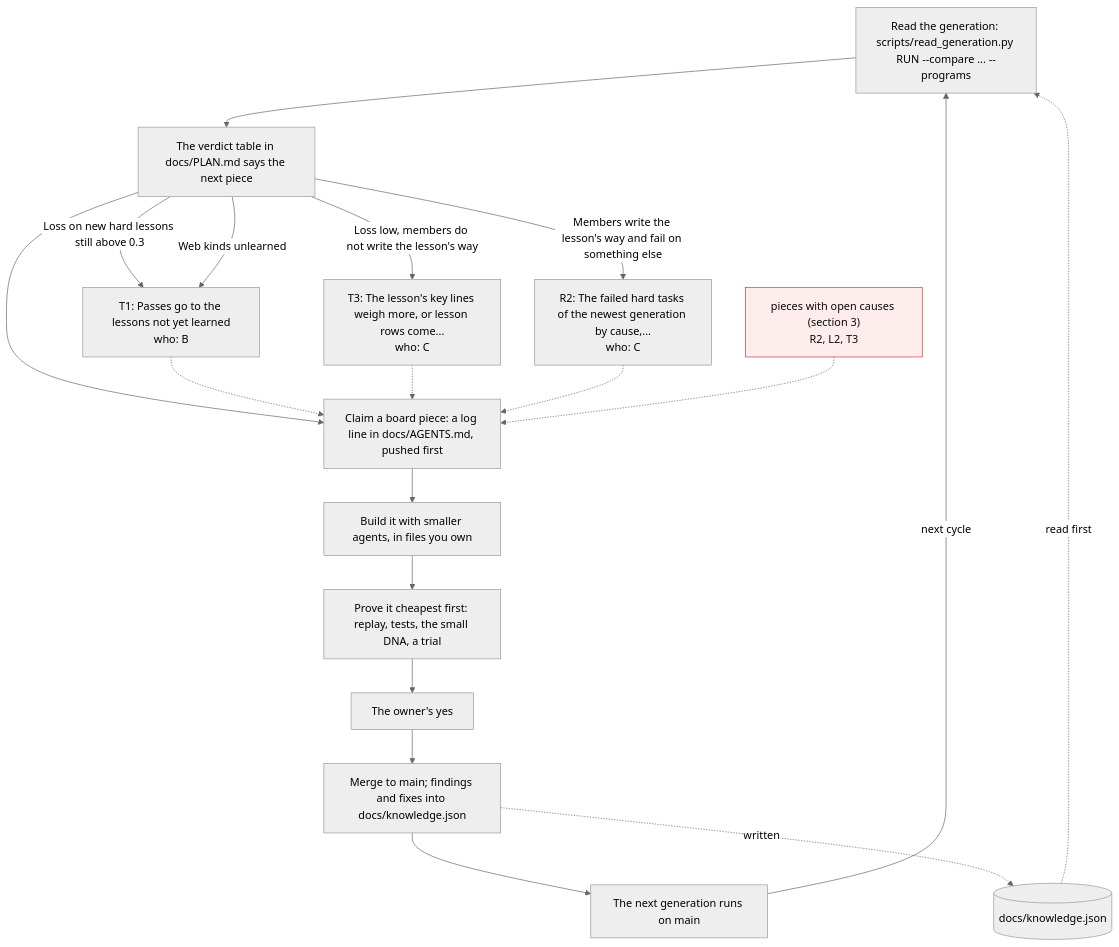
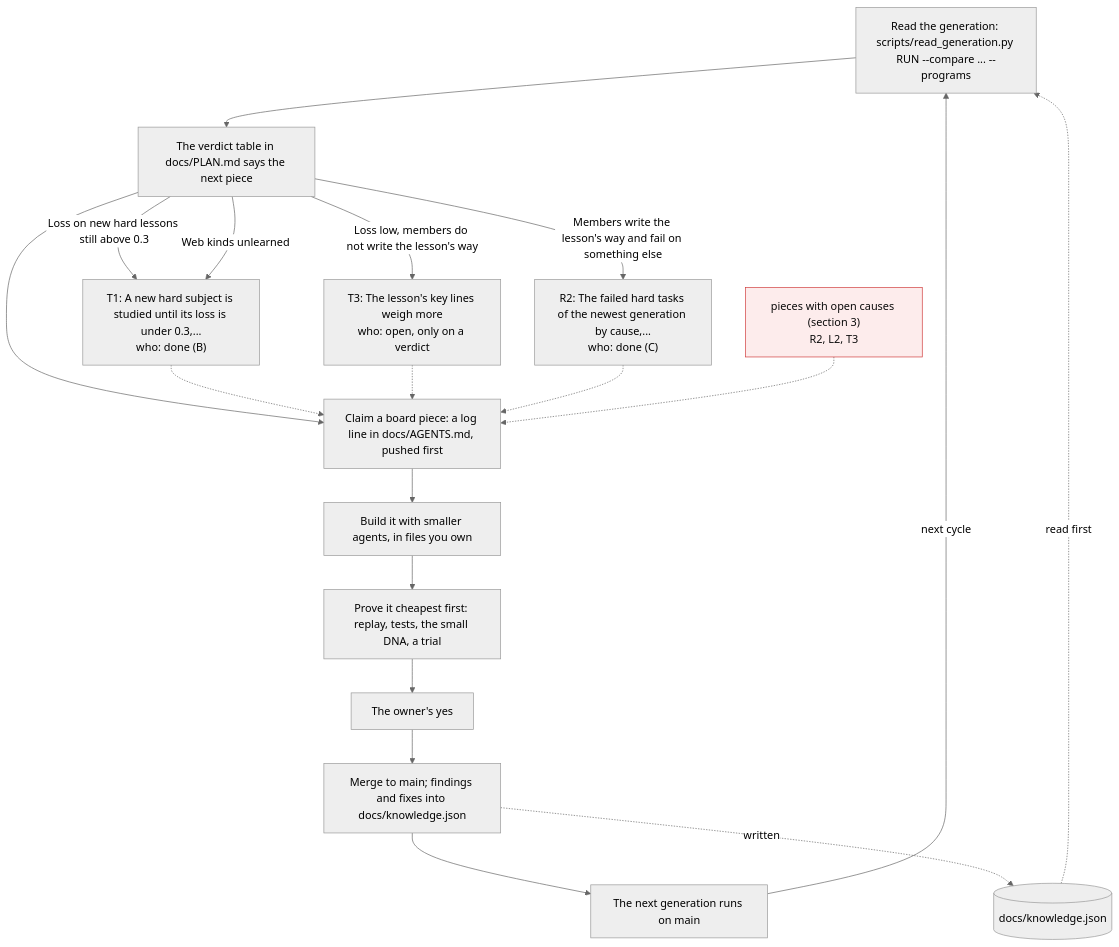
One commit to Arnav123-s/HiveMIND changed the second of 4 diagrams in docs/KNOWLEDGE.md. Above: the diagram before and after it, drawn with Mermaid (neutral theme). The commit also changed other lines of this file and 1 other file, not shown here.

First line of the commit message:
Board keeps its done pieces as rows (the knowledge links name them), the knowledge page redrawn

````diff
--- a/docs/KNOWLEDGE.md
+++ b/docs/KNOWLEDGE.md
@@ -47,35 +47,35 @@
 ```mermaid
 flowchart TD
   readgen["Read the generation: scripts/read_generation.py RUN --compare ... --programs"]
   verdict["The verdict table in docs/PLAN.md says the next piece"]
   claim["Claim a board piece: a log line in docs/AGENTS.md, pushed first"]
   build["Build it with smaller agents, in files you own"]
   prove["Prove it cheapest first: replay, tests, the small DNA, a trial"]
   yes["The owner's yes"]
   merge["Merge to main; findings and fixes into docs/knowledge.json"]
   next["The next generation runs on main"]
   readgen --> verdict
   verdict --> claim
   claim --> build
   build --> prove
   prove --> yes
   yes --> merge
   merge --> next
   next -->|next cycle| readgen
   verdict -->|"Loss on new hard lessons still above 0.3"| pc_T1
-  pc_T1["T1: Passes go to the lessons not yet learned<br/>who: B"]
+  pc_T1["T1: A new hard subject is studied until its loss is under 0.3,...<br/>who: done (B)"]
   pc_T1 -.-> claim
   verdict -->|"Loss low, members do not write the lesson's way"| pc_T3
-  pc_T3["T3: The lesson's key lines weigh more, or lesson rows come...<br/>who: C"]
+  pc_T3["T3: The lesson's key lines weigh more<br/>who: open, only on a verdict"]
   pc_T3 -.-> claim
   verdict -->|"Members write the lesson's way and fail on something else"| pc_R2
-  pc_R2["R2: The failed hard tasks of the newest generation by cause,...<br/>who: C"]
+  pc_R2["R2: The failed hard tasks of the newest generation by cause,...<br/>who: done (C)"]
   pc_R2 -.-> claim
   verdict -->|"Web kinds unlearned"| pc_T1
   waiting["pieces with open causes (section 3)<br/>R2, L2, T3"]:::open
   waiting -.-> claim
   kj[(docs/knowledge.json)]
   kj -.->|read first| readgen
   merge -.->|written| kj
   classDef open fill:#fdecec,stroke:#d03b3b,color:#0b0b0b
 ```
````
